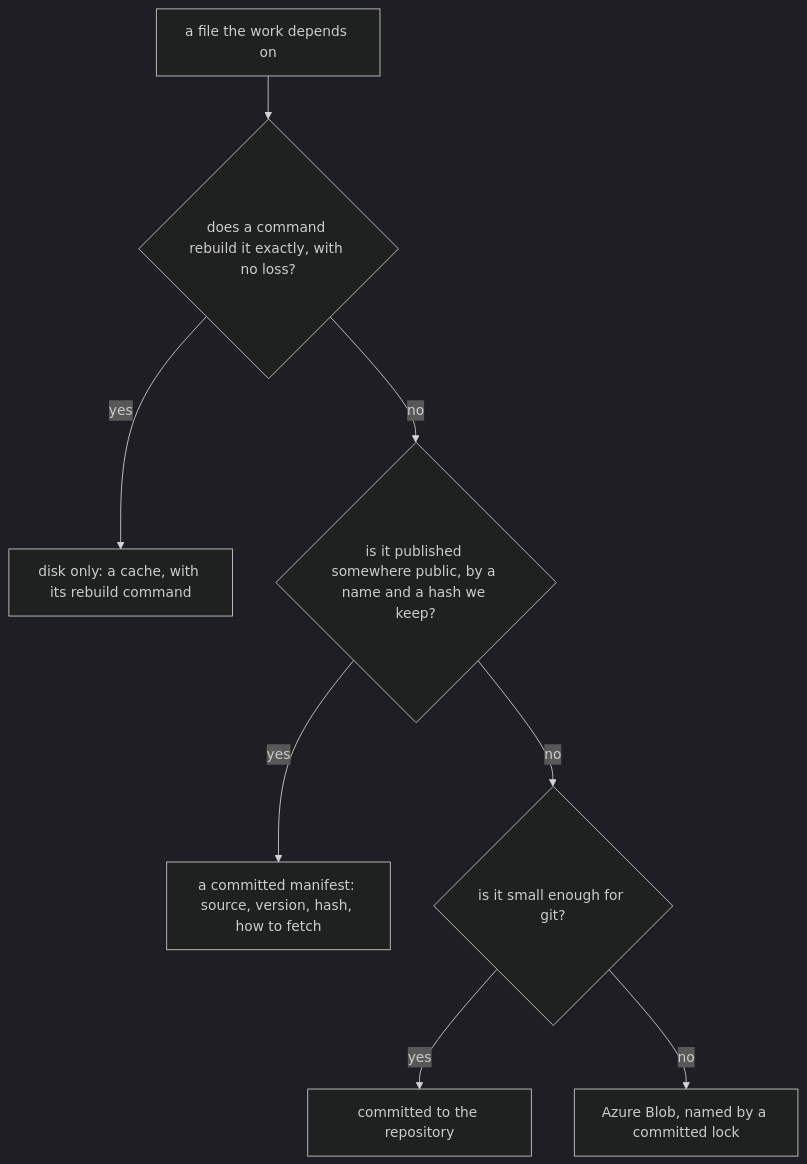
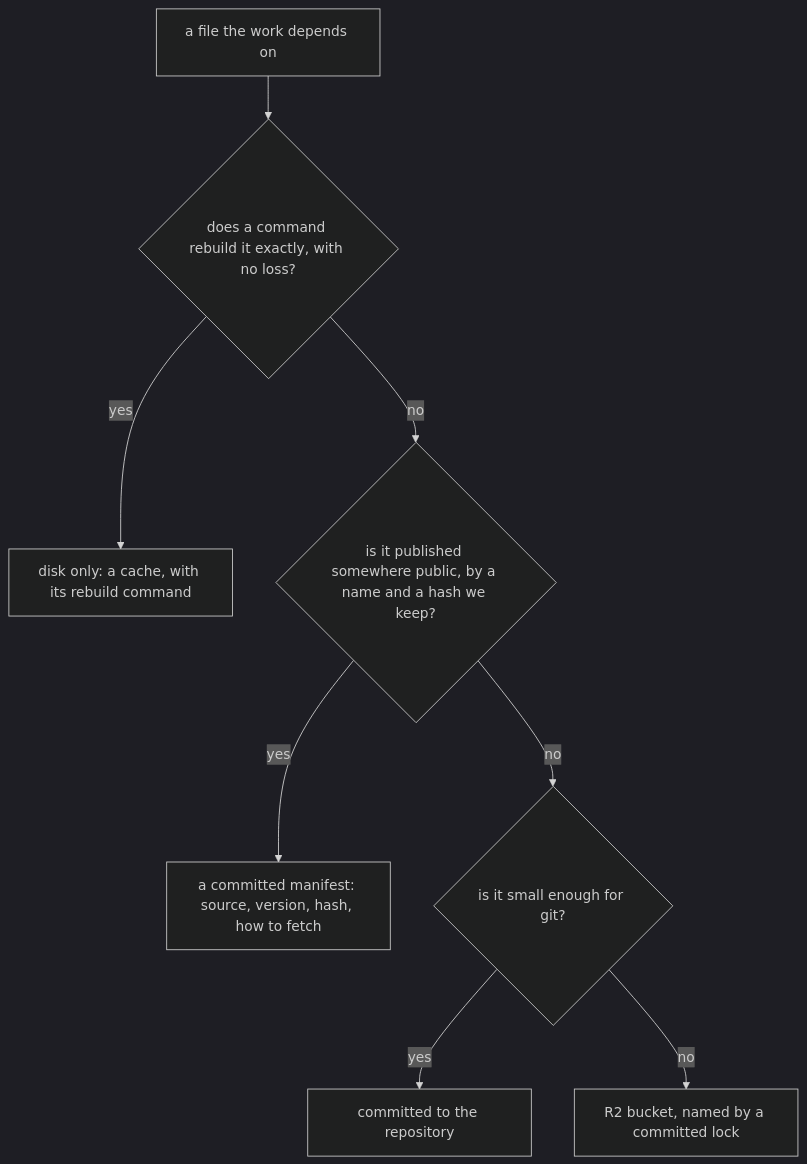
The diagram in openspec/specs/architecture/recoverability/design.md (Esposter/Esposter), drawn with Mermaid (dark theme) before and after one commit. The commit also changed other lines of this file, not shown here.

Commit message:
docs(openspec): recoverability keeps shared artifacts in R2 buckets, not Azure Blob containers

````diff
--- a/openspec/specs/architecture/recoverability/design.md
+++ b/openspec/specs/architecture/recoverability/design.md
@@ -13,10 +13,10 @@
 ```mermaid
 flowchart TD
   Thing["a file the work depends on"] --> Cache{"does a command rebuild it exactly, with no loss?"}
   Cache -->|yes| Disk["disk only: a cache, with its rebuild command"]
   Cache -->|no| Public{"is it published somewhere public, by a name and a hash we keep?"}
   Public -->|yes| Manifest["a committed manifest: source, version, hash, how to fetch"]
   Public -->|no| Size{"is it small enough for git?"}
   Size -->|yes| Git["committed to the repository"]
-  Size -->|no| Blob["Azure Blob, named by a committed lock"]
+  Size -->|no| R2["R2 bucket, named by a committed lock"]
 ```
````
